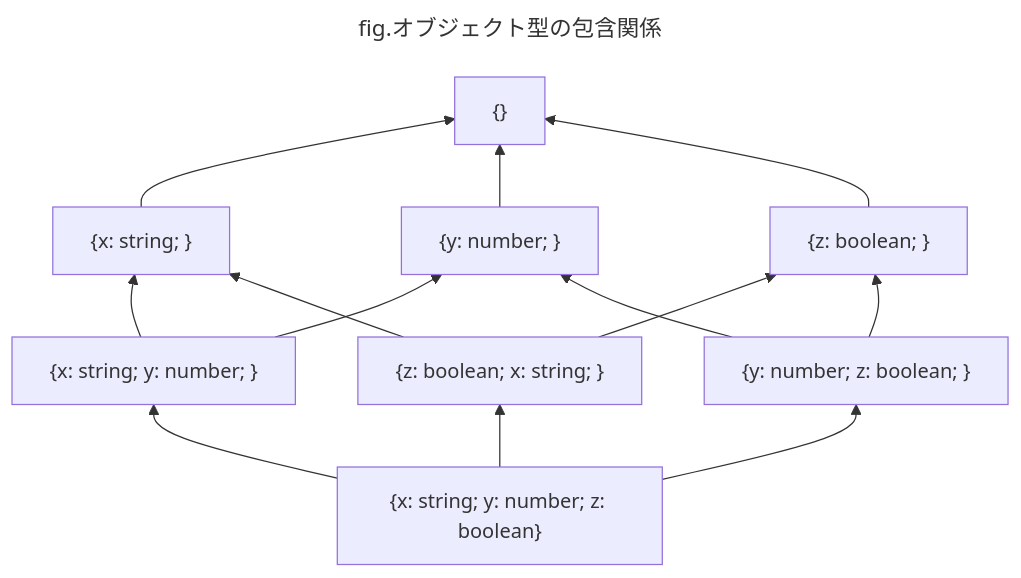
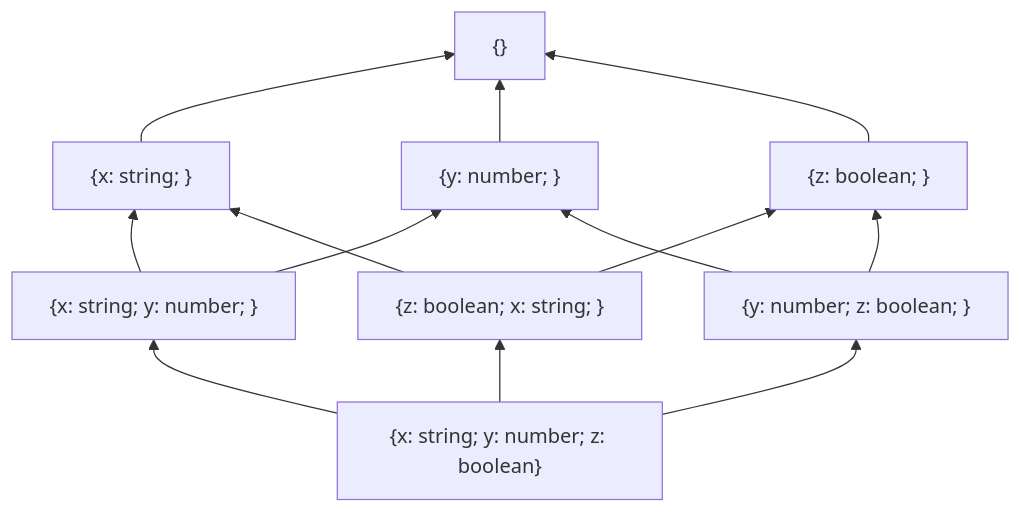
Before and after one commit to yo-goto/zenn-public-repo: the eighth of 13 diagrams in books/ts-algebraic-models/6-tam-set-theoretic-model.md, drawn with Mermaid. The commit also changed other lines of this file, not shown here.

````diff
--- a/books/ts-algebraic-models/6-tam-set-theoretic-model.md
+++ b/books/ts-algebraic-models/6-tam-set-theoretic-model.md
@@ -317,22 +317,19 @@
 ```mermaid
----
-title: fig.オブジェクト型の包含関係
----
 graph BT
   T["{}"]
   X["{x: string; }"]
   Y["{y: number; }"]
   Z["{z: boolean; }"]
   XY["{x: string; y: number; }"]
   ZX["{z: boolean; x: string; }"]
   YZ["{y: number; z: boolean; }"]
   B["{x: string; y: number; z: boolean}"]
   B --> XY & YZ & ZX
   XY --> X
   XY --> Y
   ZX --> Z
   YZ --> Y
   ZX --> X
   YZ --> Z
   X & Y & Z --> T
 ```
````
